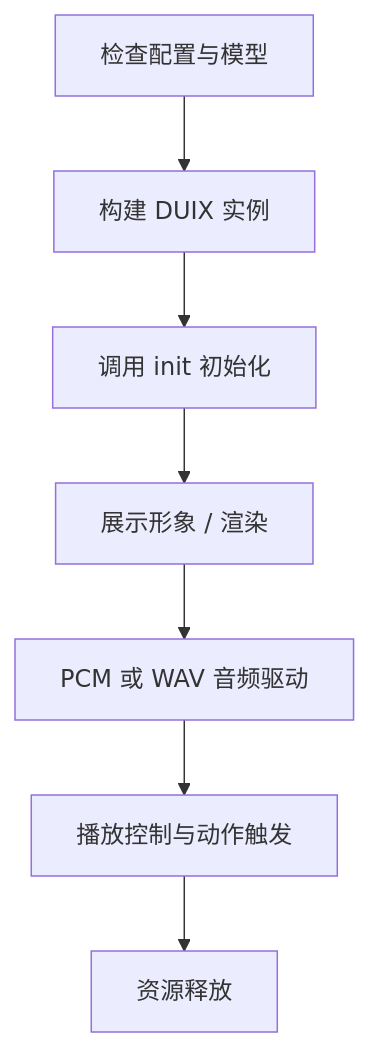
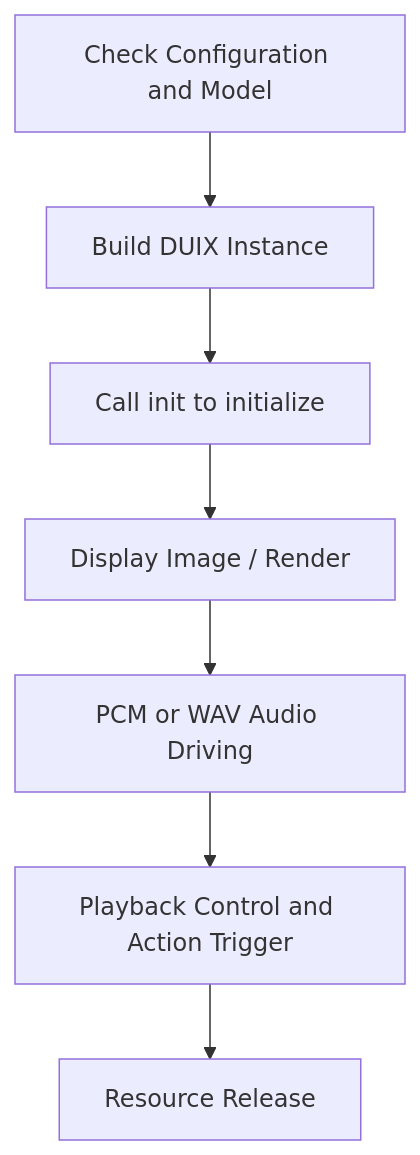
The diagram in duix-ios/GJLocalDigitalDemo/README.md (repomesh/duix.ai), drawn with Mermaid before and after one commit. The commit also changed other lines of this file and 6 other files, not shown here.

````diff
--- a/duix-ios/GJLocalDigitalDemo/README.md
+++ b/duix-ios/GJLocalDigitalDemo/README.md
@@ -68,9 +64,9 @@
 ```mermaid
 graph TD
-A[检查配置与模型] --> B[构建 DUIX 实例]
-B --> C[调用 init 初始化]
-C --> D[展示形象 / 渲染]
-D --> E[PCM 或 WAV 音频驱动]
-E --> F[播放控制与动作触发]
-F --> G[资源释放]
+A[Check Configuration and Model] --> B[Build DUIX Instance]
+B --> C[Call init to initialize]
+C --> D[Display Image / Render]
+D --> E[PCM or WAV Audio Driving]
+E --> F[Playback Control and Action Trigger]
+F --> G[Resource Release]
 ```
````
